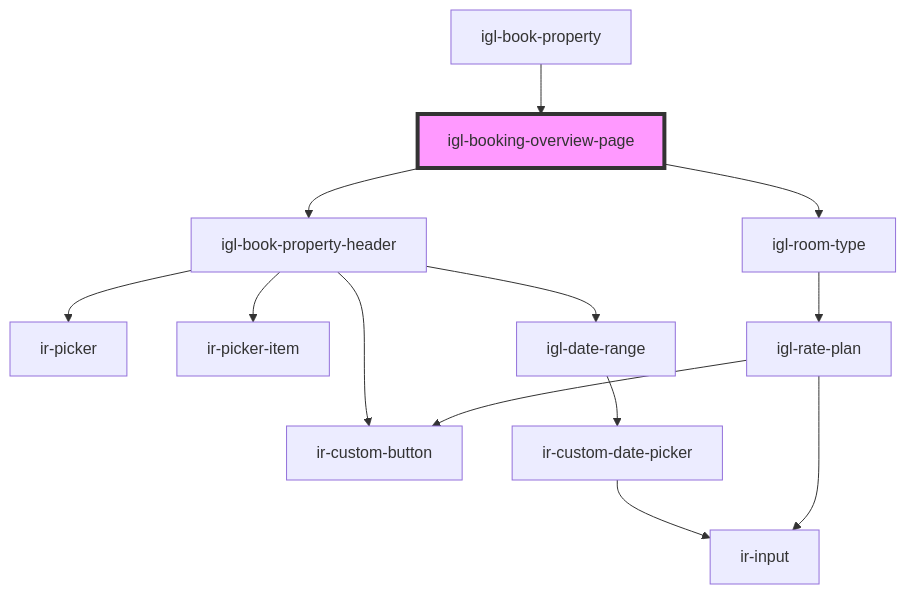
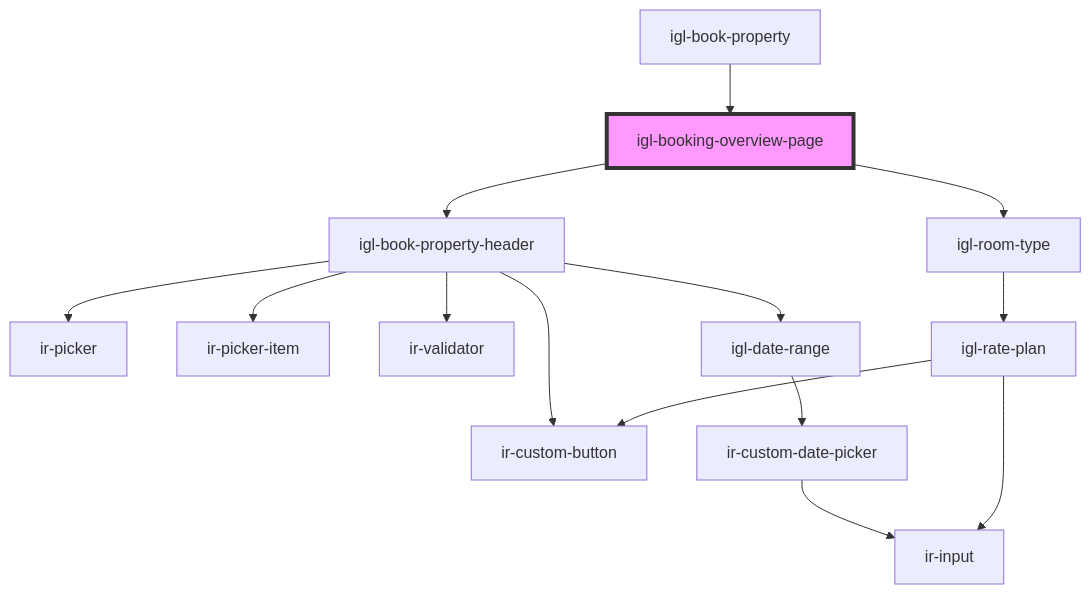
One commit to David1Chowaifaty/modified-ir-webcmp changed the diagram in src/components/igloo-calendar/igl-book-property/igl-booking-overview-page/readme.md. Above: the diagram before and after it, drawn with Mermaid. The commit also changed 41 other files, not shown here.

````diff
--- a/src/components/igloo-calendar/igl-book-property/igl-booking-overview-page/readme.md
+++ b/src/components/igloo-calendar/igl-book-property/igl-booking-overview-page/readme.md
@@ -47,16 +47,17 @@
 ```mermaid
 graph TD;
   igl-booking-overview-page --> igl-book-property-header
   igl-booking-overview-page --> igl-room-type
   igl-book-property-header --> ir-picker
   igl-book-property-header --> ir-picker-item
+  igl-book-property-header --> ir-validator
+  igl-book-property-header --> igl-date-range
   igl-book-property-header --> ir-custom-button
-  igl-book-property-header --> igl-date-range
   igl-date-range --> ir-custom-date-picker
   ir-custom-date-picker --> ir-input
   igl-room-type --> igl-rate-plan
   igl-rate-plan --> ir-input
   igl-rate-plan --> ir-custom-button
   igl-book-property --> igl-booking-overview-page
   style igl-booking-overview-page fill:#f9f,stroke:#333,stroke-width:4px
 ```
````
